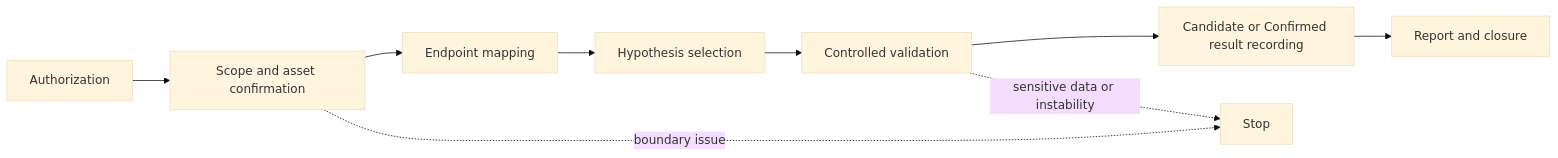
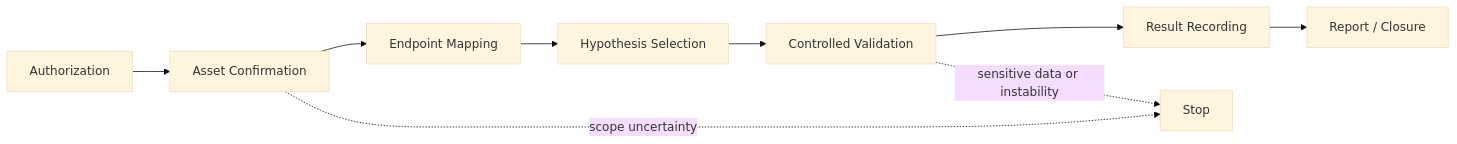
The first of 2 diagrams in README.md (AuroraShie/human-in-the-loop-mcp-security-workflow), drawn with Mermaid (base theme) before and after one commit. The commit also changed other lines of this file, not shown here.

````diff
--- a/README.md
+++ b/README.md
@@ -22,11 +36,11 @@
 ```mermaid
 flowchart LR
-    A[Authorization] --> B[Scope and asset confirmation]
-    B --> C[Endpoint mapping]
-    C --> D[Hypothesis selection]
-    D --> E[Controlled validation]
-    E --> F[Candidate or Confirmed result recording]
-    F --> G[Report and closure]
-    B -. boundary issue .-> X[Stop]
+    A[Authorization] --> B[Asset Confirmation]
+    B --> C[Endpoint Mapping]
+    C --> D[Hypothesis Selection]
+    D --> E[Controlled Validation]
+    E --> F[Result Recording]
+    F --> G[Report / Closure]
+    B -. scope uncertainty .-> X[Stop]
     E -. sensitive data or instability .-> X
 ```
````
